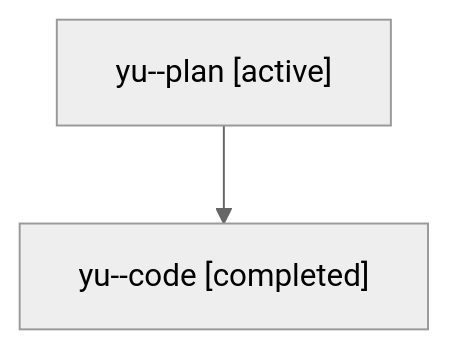
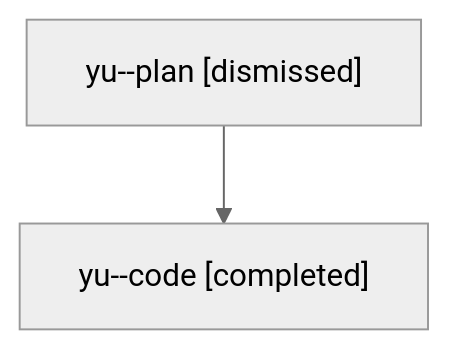
One commit to bobs-org/bob-cli--agents changed the diagram in sessions/bbugyi200.athena.yu.md. Above: the diagram before and after it, drawn with Mermaid (neutral theme). The commit also changed other lines of this file and 18 other files, not shown here.

````diff
--- a/sessions/bbugyi200.athena.yu.md
+++ b/sessions/bbugyi200.athena.yu.md
@@ -9,6 +9,6 @@
 ```mermaid
 flowchart TD
-  n0["yu--plan [active]"]
+  n0["yu--plan [dismissed]"]
   n1["yu--code [completed]"]
   n0 --> n1
 ```
````
